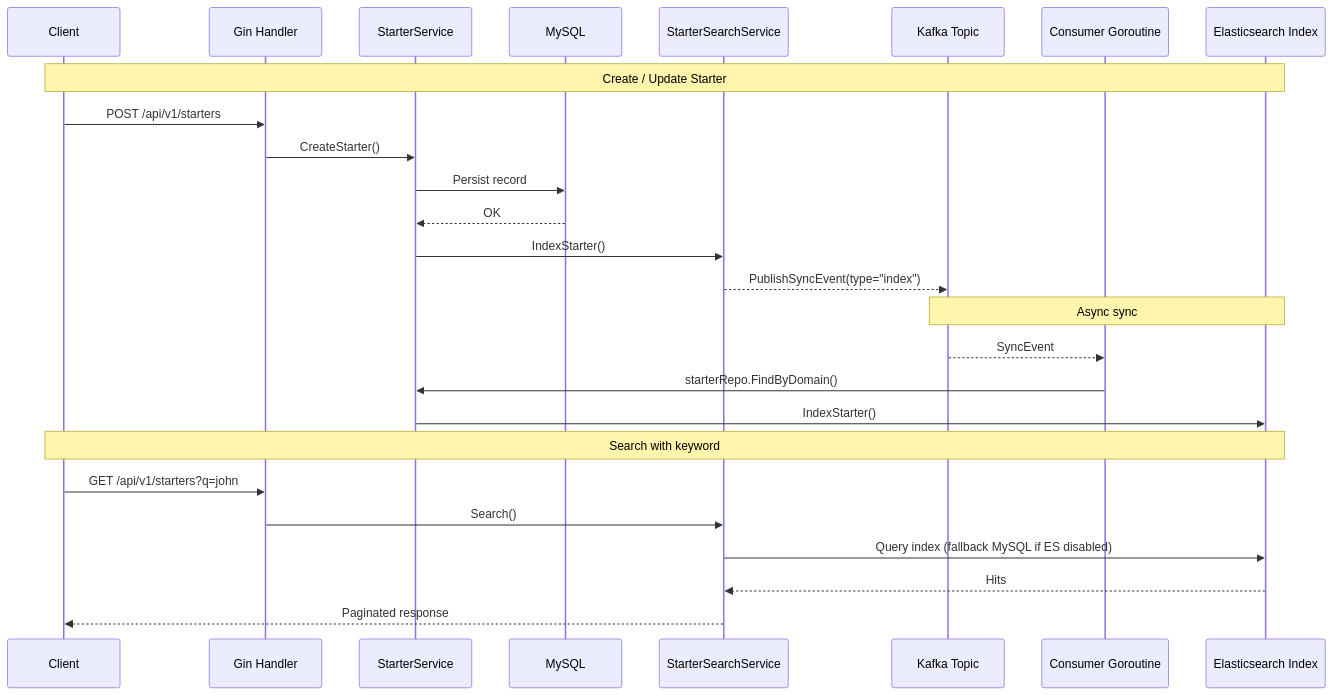
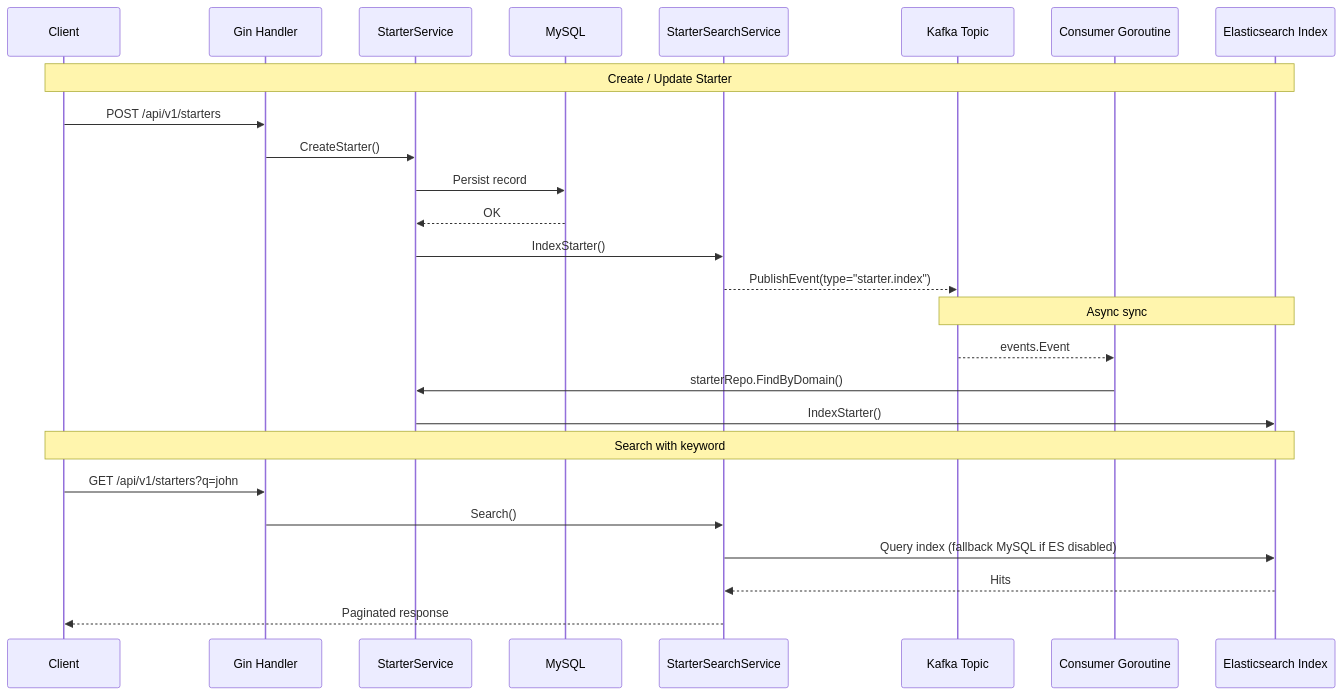
Before and after one commit to kiin21/go-rest: the second of 2 diagrams in README.md, drawn with Mermaid. The commit also changed other lines of this file and 178 other files, not shown here.

````diff
--- a/README.md
+++ b/README.md
@@ -29,31 +30,31 @@
 ```mermaid
 sequenceDiagram
     participant Client
     participant API as Gin Handler
     participant Service as StarterService
     participant DB as MySQL
     participant Search as StarterSearchService
     participant Kafka as Kafka Topic
     participant Consumer as Consumer Goroutine
     participant ES as Elasticsearch Index
 
     Note over Client,ES: Create / Update Starter
     Client->>API: POST /api/v1/starters
     API->>Service: CreateStarter()
     Service->>DB: Persist record
     DB-->>Service: OK
     Service->>Search: IndexStarter()
-    Search-->>Kafka: PublishSyncEvent(type="index")
+    Search-->>Kafka: PublishEvent(type="starter.index")
 
     Note over Kafka,ES: Async sync
-    Kafka-->>Consumer: SyncEvent
+    Kafka-->>Consumer: events.Event
     Consumer->>Service: starterRepo.FindByDomain()
     Service->>ES: IndexStarter()
 
     Note over Client,ES: Search with keyword
     Client->>API: GET /api/v1/starters?q=john
     API->>Search: Search()
     Search->>ES: Query index (fallback MySQL if ES disabled)
     ES-->>Search: Hits
     Search-->>Client: Paginated response
 ```
````
